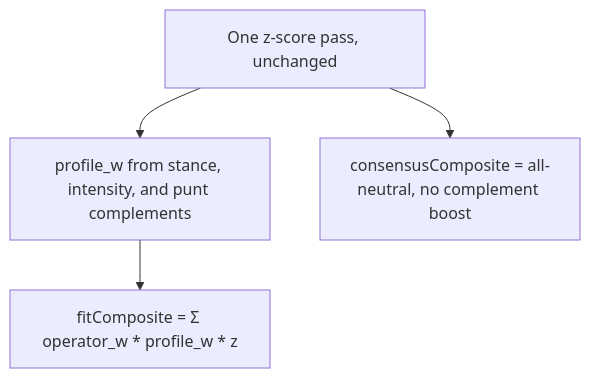
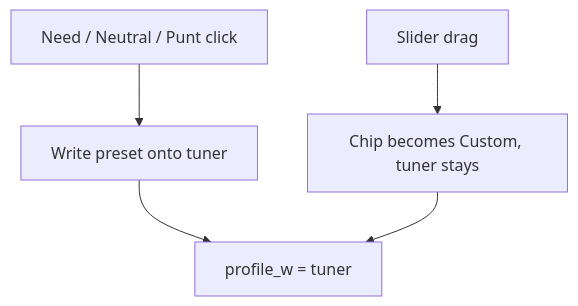
The diagram in docs/plans/punt-complement-reweight.md (mlmar/draft-duck), drawn with Mermaid before and after one commit. The commit also changed other lines of this file and 2 other files, not shown here.

First line of the commit message:
Recommend stance presets that write the tuner so bump and slider match.

````diff
--- a/docs/plans/punt-complement-reweight.md
+++ b/docs/plans/punt-complement-reweight.md
@@ -109,9 +129,10 @@
 ```mermaid
 flowchart TD
-  z["One z-score pass, unchanged"]
-  w["profile_w from stance, intensity, and punt complements"]
-  fit["fitComposite = Σ operator_w * profile_w * z"]
-  cons["consensusComposite = all-neutral, no complement boost"]
-  z --> w --> fit
-  z --> cons
+  chip["Need / Neutral / Punt click"]
+  drag["Slider drag"]
+  preset["Write preset onto tuner"]
+  custom["Chip becomes Custom, tuner stays"]
+  rank["profile_w = tuner"]
+  chip --> preset --> rank
+  drag --> custom --> rank
 ```
````
